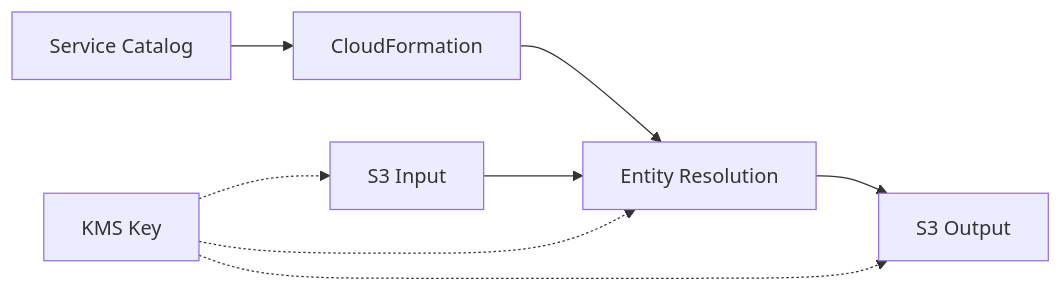
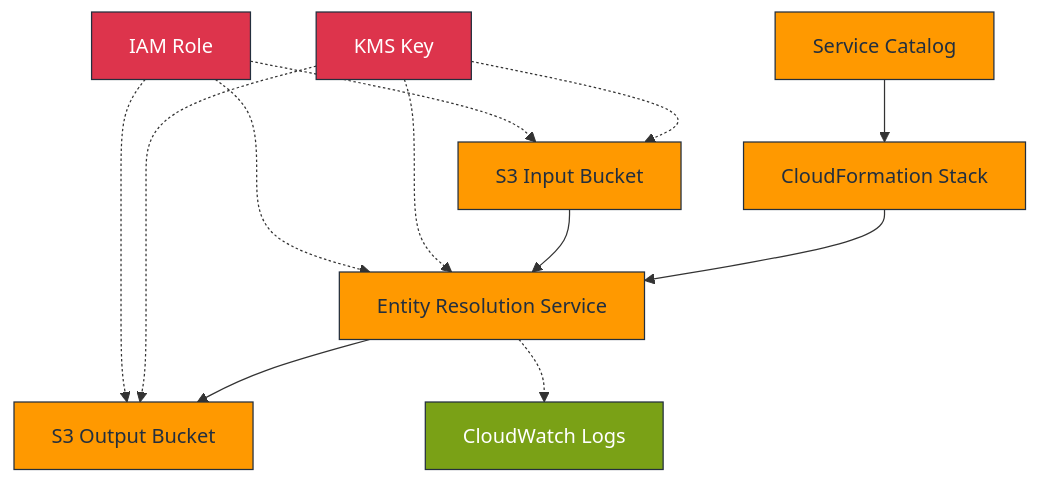
The first of 6 diagrams in architecture.md (hughy603/aws-entityresolution2), drawn with Mermaid before and after one commit. The commit also changed other lines of this file and 3 other files, not shown here.

````diff
--- a/architecture.md
+++ b/architecture.md
@@ -17,10 +17,29 @@
 ```mermaid
-graph LR
-    A[Service Catalog] --> B[CloudFormation]
-    B --> C[Entity Resolution]
-    D[S3 Input] --> C
-    C --> E[S3 Output]
-    F[KMS Key] -.-> D
-    F -.-> E
-    F -.-> C
+graph TD
+    %% Core Flow
+    SC[Service Catalog] --> CF[CloudFormation Stack]
+    CF --> ER[Entity Resolution Service]
+    S3I[S3 Input Bucket] --> ER
+    ER --> S3O[S3 Output Bucket]
+
+    %% Security Components
+    KMS[KMS Key] -.-> S3I
+    KMS -.-> S3O
+    KMS -.-> ER
+    IAM[IAM Role] -.-> ER
+
+    %% Monitoring
+    ER -.-> CW[CloudWatch Logs]
+
+    %% Access Controls
+    IAM -.-> S3I
+    IAM -.-> S3O
+
+    %% Classification
+    classDef aws fill:#FF9900,stroke:#232F3E,color:#232F3E
+    classDef security fill:#DD344C,stroke:#232F3E,color:white
+    classDef monitoring fill:#7AA116,stroke:#232F3E,color:white
+    class SC,CF,ER,S3I,S3O aws
+    class KMS,IAM security
+    class CW monitoring
 ```
````
